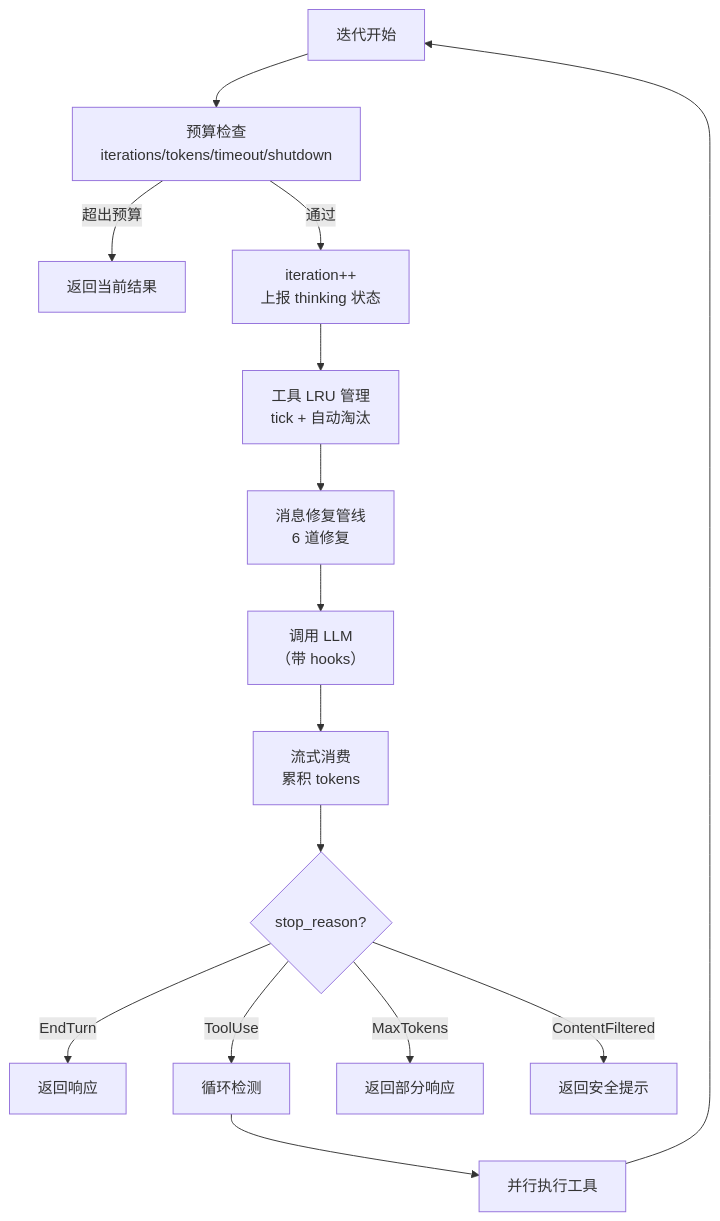
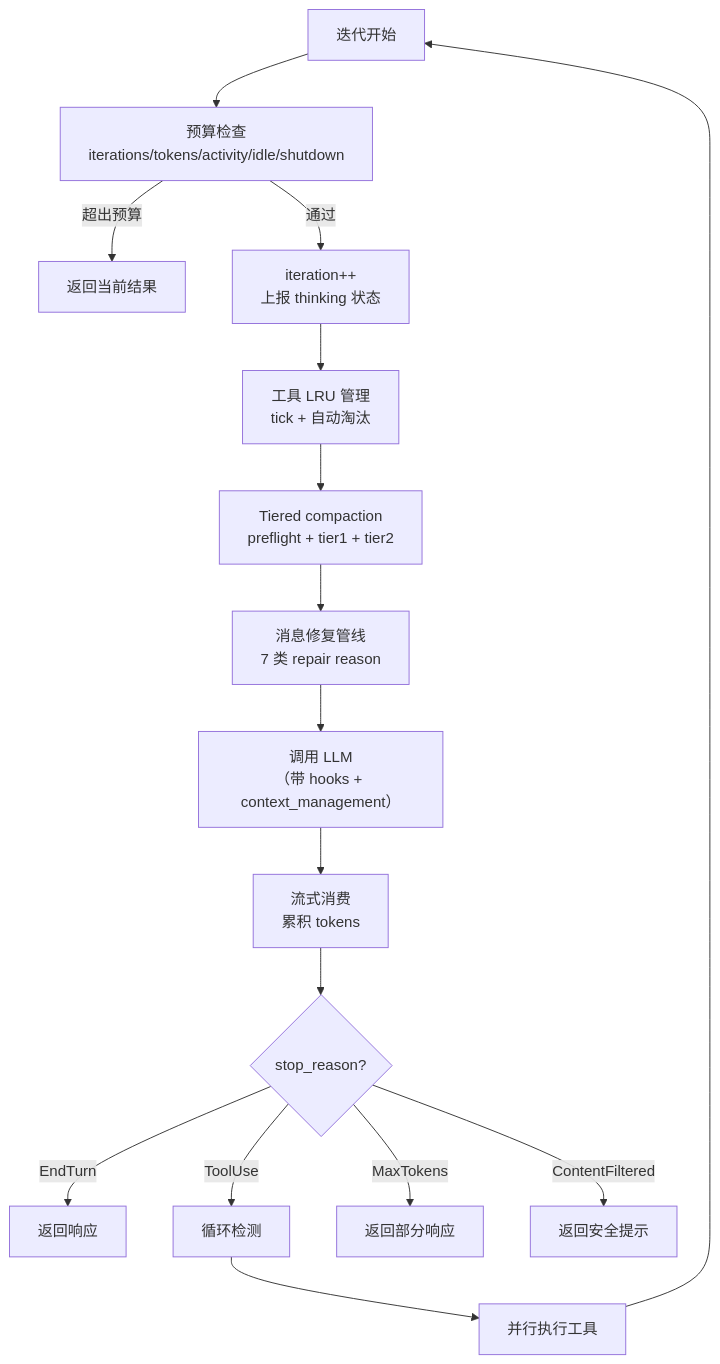
One commit to ZhangHanDong/octos-book changed the first of 3 diagrams in book/src/part2/ch05.md. Above: the diagram before and after it, drawn with Mermaid. The commit also changed other lines of this file and 3 other files, not shown here.

````diff
--- a/book/src/part2/ch05.md
+++ b/book/src/part2/ch05.md
@@ -69,17 +79,18 @@
 ```mermaid
 flowchart TD
-    Start["迭代开始"] --> Budget["预算检查<br/>iterations/tokens/timeout/shutdown"]
+    Start["迭代开始"] --> Budget["预算检查<br/>iterations/tokens/activity/idle/shutdown"]
     Budget -->|"超出预算"| Return["返回当前结果"]
     Budget -->|"通过"| Iter["iteration++<br/>上报 thinking 状态"]
     Iter --> LRU["工具 LRU 管理<br/>tick + 自动淘汰"]
-    LRU --> Repair["消息修复管线<br/>6 道修复"]
-    Repair --> LLM["调用 LLM<br/>（带 hooks）"]
+    LRU --> Compact["Tiered compaction<br/>preflight + tier1 + tier2"]
+    Compact --> Repair["消息修复管线<br/>7 类 repair reason"]
+    Repair --> LLM["调用 LLM<br/>（带 hooks + context_management）"]
     LLM --> Stream["流式消费<br/>累积 tokens"]
     Stream --> Stop{"stop_reason?"}
     Stop -->|"EndTurn"| EndReturn["返回响应"]
     Stop -->|"ToolUse"| LoopCheck["循环检测"]
     Stop -->|"MaxTokens"| MaxReturn["返回部分响应"]
     Stop -->|"ContentFiltered"| FilterReturn["返回安全提示"]
     LoopCheck --> ToolExec["并行执行工具"]
     ToolExec --> Start
 ```
````
